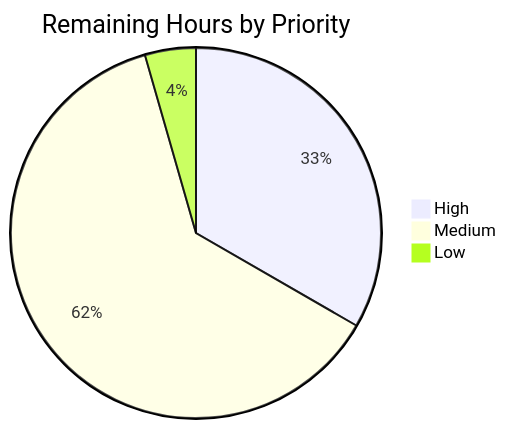
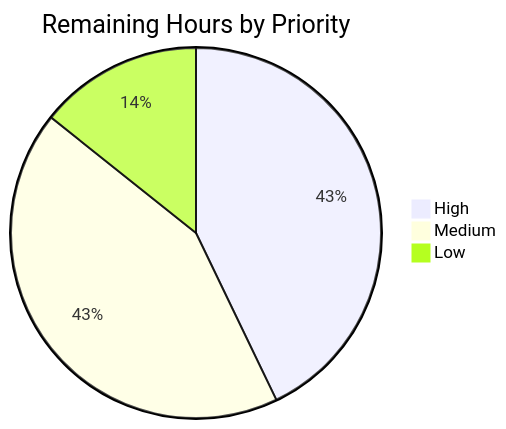
The third of 3 diagrams in blitzy/documentation/Project Guide - 5611a2ca-5f34-454e-a5a1-e9993c2a94d3.md (viditkshukla/blitzy-sample-test), drawn with Mermaid before and after one commit. The commit also changed other lines of this file, not shown here.

````diff
--- a/blitzy/documentation/Project Guide - 5611a2ca-5f34-454e-a5a1-e9993c2a94d3.md
+++ b/blitzy/documentation/Project Guide - 5611a2ca-5f34-454e-a5a1-e9993c2a94d3.md
@@ -206,6 +213,6 @@
 ```mermaid
 pie title Remaining Hours by Priority
-    "High" : 15
-    "Medium" : 28
-    "Low" : 2
+    "High" : 18
+    "Medium" : 18
+    "Low" : 6
 ```
````
